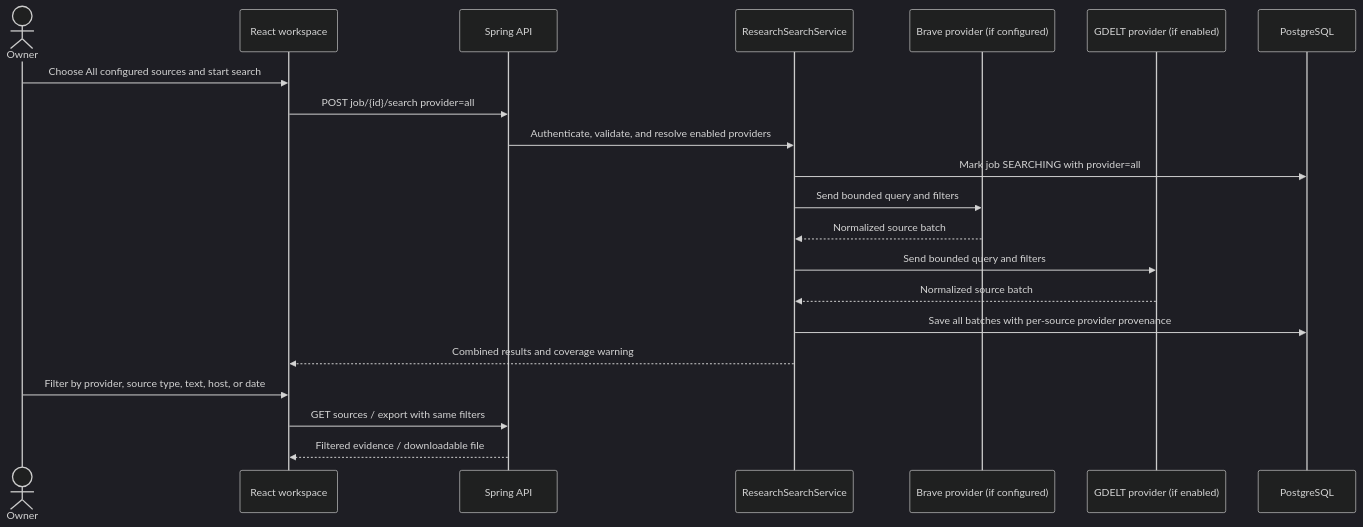
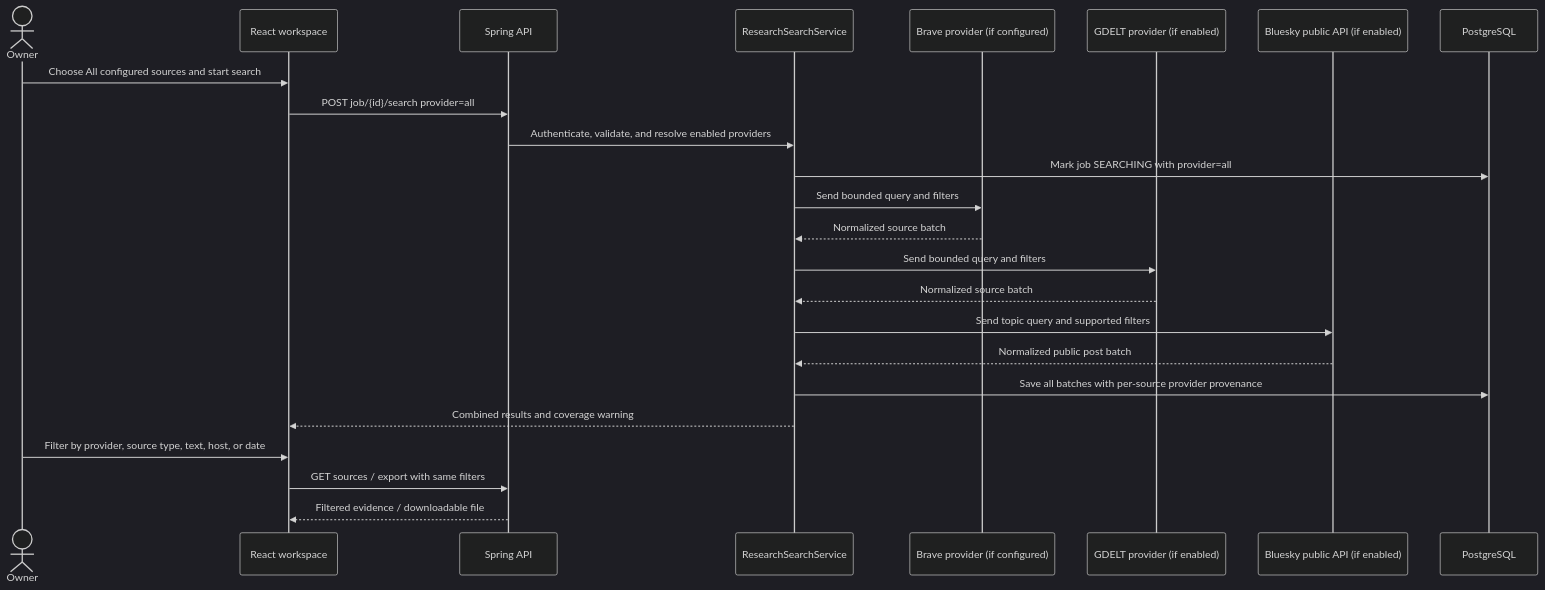
The diagram in docs/05-backend/MULTI-PROVIDER-SEARCH.md (kavinash0310/aura-ai), drawn with Mermaid (dark theme) before and after one commit. The commit also changed other lines of this file and 27 other files, not shown here.

Commit message:
feat: add public Bluesky post search

```diff
--- a/docs/05-backend/MULTI-PROVIDER-SEARCH.md
+++ b/docs/05-backend/MULTI-PROVIDER-SEARCH.md
@@ -9,23 +9,26 @@
 ~~~mermaid
 sequenceDiagram
   actor Owner
   participant UI as React workspace
   participant API as Spring API
   participant Service as ResearchSearchService
   participant Brave as Brave provider (if configured)
   participant GDELT as GDELT provider (if enabled)
+  participant Bluesky as Bluesky public API (if enabled)
   participant DB as PostgreSQL
   Owner->>UI: Choose All configured sources and start search
   UI->>API: POST job/{id}/search provider=all
   API->>Service: Authenticate, validate, and resolve enabled providers
   Service->>DB: Mark job SEARCHING with provider=all
   Service->>Brave: Send bounded query and filters
   Brave-->>Service: Normalized source batch
   Service->>GDELT: Send bounded query and filters
   GDELT-->>Service: Normalized source batch
+  Service->>Bluesky: Send topic query and supported filters
+  Bluesky-->>Service: Normalized public post batch
   Service->>DB: Save all batches with per-source provider provenance
   Service-->>UI: Combined results and coverage warning
   Owner->>UI: Filter by provider, source type, text, host, or date
   UI->>API: GET sources / export with same filters
   API-->>UI: Filtered evidence / downloadable file
 ~~~
```
